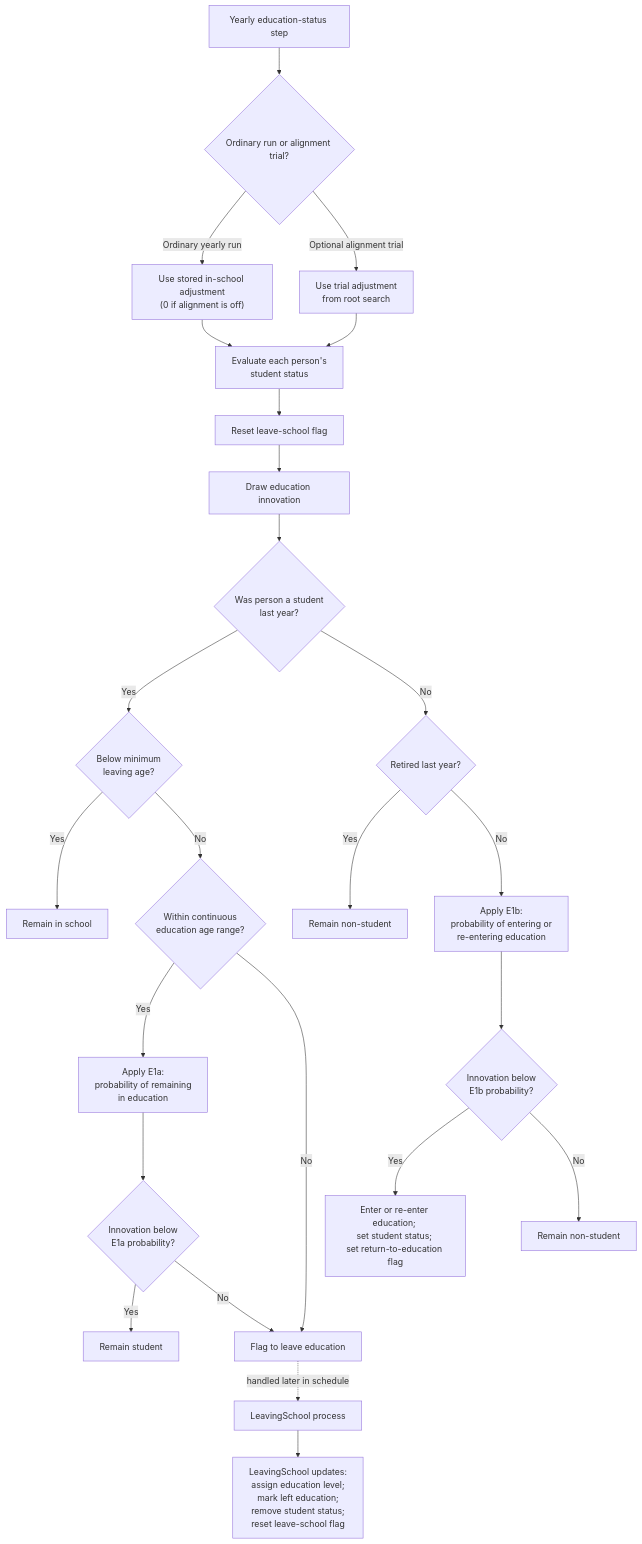
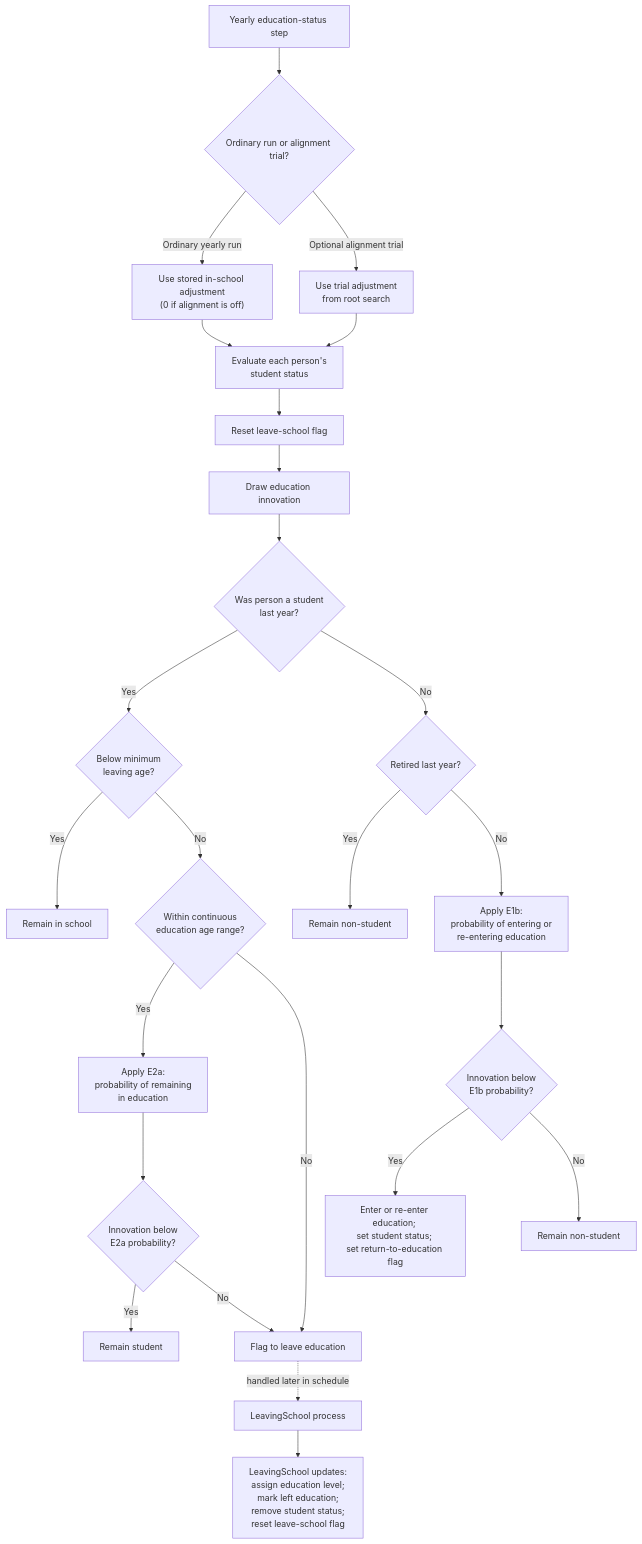
The diagram in documentation/flowcharts/modules/inschool.md (centreformicrosimulation/SimPaths), drawn with Mermaid before and after one commit. The commit also changed other lines of this file and 2 other files, not shown here.

````diff
--- a/documentation/flowcharts/modules/inschool.md
+++ b/documentation/flowcharts/modules/inschool.md
@@ -115,31 +115,31 @@
 ```mermaid
 flowchart TD
     A["Yearly education-status step"] --> B{"Ordinary run or alignment trial?"}
     B -- Ordinary yearly run --> C["Use stored in-school adjustment<br/>(0 if alignment is off)"]
     B -- Optional alignment trial --> D["Use trial adjustment<br/>from root search"]
     C --> E["Evaluate each person's<br/>student status"]
     D --> E
 
     E --> F["Reset leave-school flag"]
     F --> G["Draw education innovation"]
     G --> H{"Was person a student<br/>last year?"}
 
     H -- Yes --> I{"Below minimum<br/>leaving age?"}
     I -- Yes --> J["Remain in school"]
     I -- No --> K{"Within continuous<br/>education age range?"}
-    K -- Yes --> M["Apply E1a:<br/>probability of remaining<br/>in education"]
+    K -- Yes --> M["Apply E2a:<br/>probability of remaining<br/>in education"]
     K -- No --> L["Flag to leave education"]
-    M --> N{"Innovation below<br/>E1a probability?"}
+    M --> N{"Innovation below<br/>E2a probability?"}
     N -- Yes --> O["Remain student"]
     N -- No --> L
 
     H -- No --> P{"Retired last year?"}
     P -- Yes --> Q["Remain non-student"]
     P -- No --> R["Apply E1b:<br/>probability of entering or<br/>re-entering education"]
     R --> S{"Innovation below<br/>E1b probability?"}
     S -- Yes --> T["Enter or re-enter education; <br/>set student status; <br/>set return-to-education flag"]
     S -- No --> U["Remain non-student"]
 
     L -. "handled later in schedule" .-> V["LeavingSchool process"]
     V --> W["LeavingSchool updates:<br/>assign education level; <br/>mark left education; <br/>remove student status; <br/>reset leave-school flag"]
 ```
````
